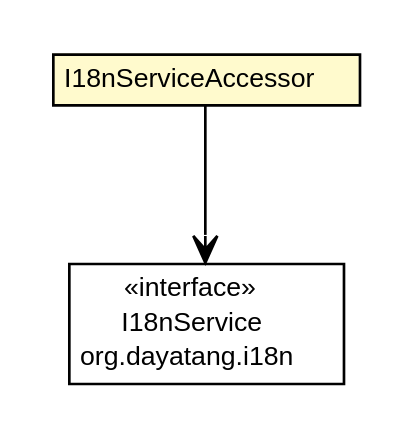
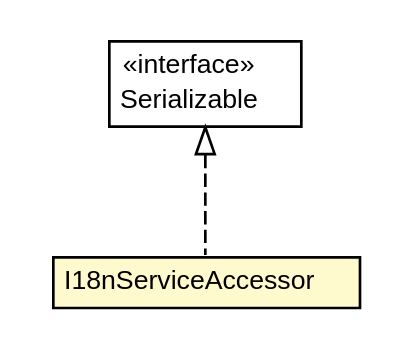
Before and after one commit to dayatang/dddlib: the diagram in dddlib-i18n/apidocs/org/dayatang/i18n/support/I18nServiceAccessor.dot, drawn with Graphviz. The commit also changed 127 other files, not shown here.

```diff
--- a/dddlib-i18n/apidocs/org/dayatang/i18n/support/I18nServiceAccessor.dot
+++ b/dddlib-i18n/apidocs/org/dayatang/i18n/support/I18nServiceAccessor.dot
@@ -1,28 +1,27 @@
 #!/usr/local/bin/dot
 #
 # Class diagram 
 # Generated by UMLGraph version R5_6_6-8-g8d7759 (http://www.umlgraph.org/)
 #
 
 digraph G {
 	edge [fontname="Helvetica",fontsize=10,labelfontname="Helvetica",labelfontsize=10];
 	node [fontname="Helvetica",fontsize=10,shape=plaintext];
 	nodesep=0.25;
 	ranksep=0.5;
-	// org.dayatang.i18n.I18nService
-	c69 [label=<<table title="org.dayatang.i18n.I18nService" border="0" cellborder="1" cellspacing="0" cellpadding="2" port="p" href="../I18nService.html">
-		<tr><td><table border="0" cellspacing="0" cellpadding="1">
-<tr><td align="center" balign="center"> &#171;interface&#187; </td></tr>
-<tr><td align="center" balign="center"> I18nService </td></tr>
-<tr><td align="center" balign="center"> org.dayatang.i18n </td></tr>
-		</table></td></tr>
-		</table>>, URL="../I18nService.html", fontname="Helvetica", fontcolor="black", fontsize=10.0];
 	// org.dayatang.i18n.support.I18nServiceAccessor
-	c74 [label=<<table title="org.dayatang.i18n.support.I18nServiceAccessor" border="0" cellborder="1" cellspacing="0" cellpadding="2" port="p" bgcolor="lemonChiffon" href="./I18nServiceAccessor.html">
+	c65 [label=<<table title="org.dayatang.i18n.support.I18nServiceAccessor" border="0" cellborder="1" cellspacing="0" cellpadding="2" port="p" bgcolor="lemonChiffon" href="./I18nServiceAccessor.html">
 		<tr><td><table border="0" cellspacing="0" cellpadding="1">
 <tr><td align="center" balign="center"> I18nServiceAccessor </td></tr>
 		</table></td></tr>
 		</table>>, URL="./I18nServiceAccessor.html", fontname="Helvetica", fontcolor="black", fontsize=10.0];
-	// org.dayatang.i18n.support.I18nServiceAccessor NAVASSOC org.dayatang.i18n.I18nService
-	c74:p -> c69:p [taillabel="", label=" "headlabel="", fontname="Helvetica", fontcolor="black", fontsize=10.0, color="black", arrowhead=open];
+	//org.dayatang.i18n.support.I18nServiceAccessor implements java.io.Serializable
+	c66:p -> c65:p [dir=back,arrowtail=empty,style=dashed];
+	// java.io.Serializable
+	c66 [label=<<table title="java.io.Serializable" border="0" cellborder="1" cellspacing="0" cellpadding="2" port="p" href="http://download.oracle.com/javase/7/docs/api/java/io/Serializable.html">
+		<tr><td><table border="0" cellspacing="0" cellpadding="1">
+<tr><td align="center" balign="center"> &#171;interface&#187; </td></tr>
+<tr><td align="center" balign="center"> Serializable </td></tr>
+		</table></td></tr>
+		</table>>, URL="http://download.oracle.com/javase/7/docs/api/java/io/Serializable.html", fontname="Helvetica", fontcolor="black", fontsize=10.0];
 }
```
